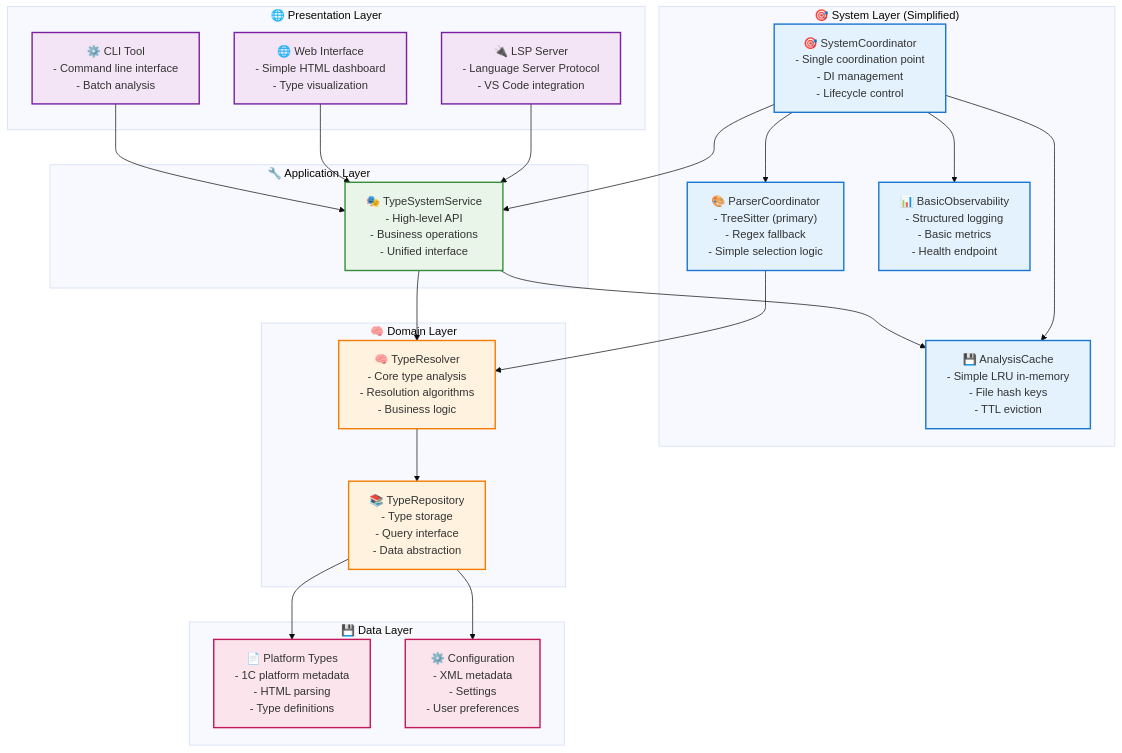
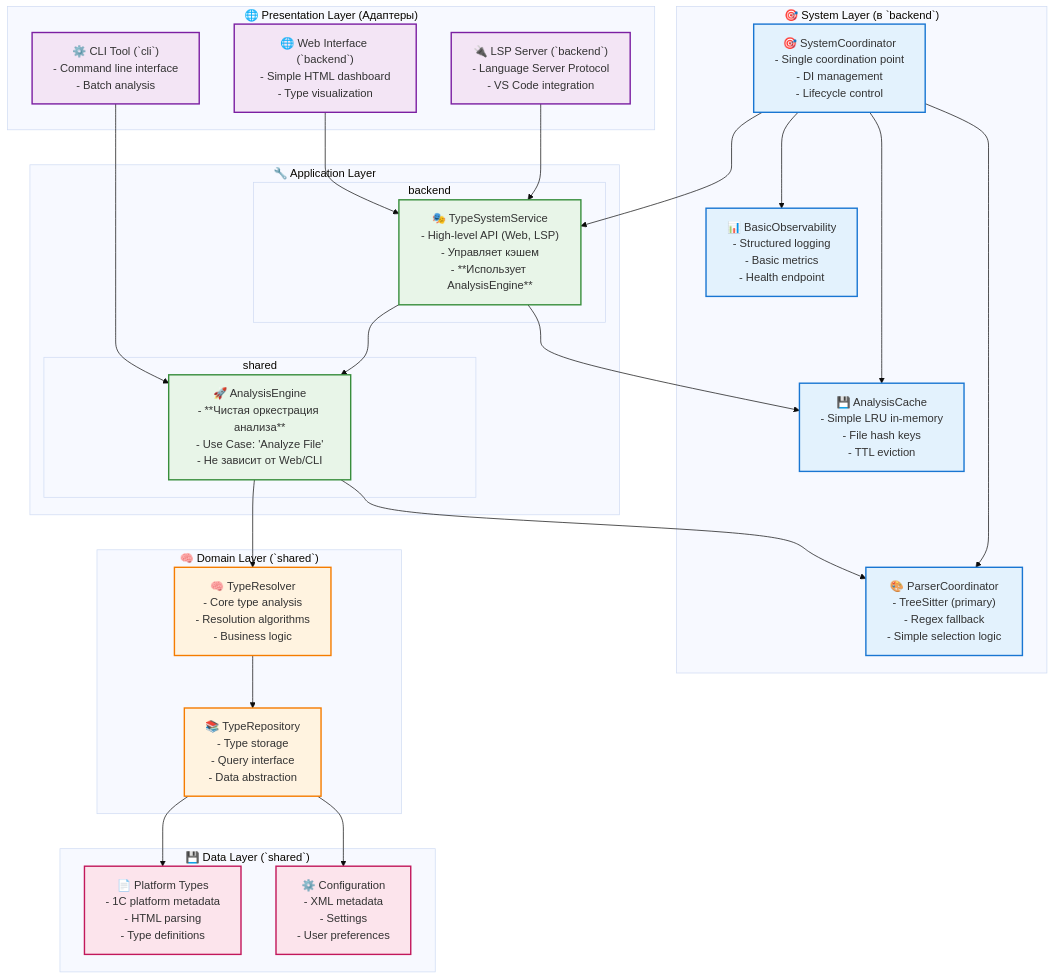
Before and after one commit to defin85/bsl-gradual-types: the diagram in docs/simplified_architecture.md, drawn with Mermaid (base theme). The commit also changed other lines of this file and 22 other files, not shown here.

````diff
--- a/docs/simplified_architecture.md
+++ b/docs/simplified_architecture.md
@@ -65,68 +60,75 @@
 ```mermaid
 graph TB
-    subgraph "🎯 System Layer (Simplified)"
+    subgraph "🎯 System Layer (в `backend`)"
         SystemCoordinator["🎯 SystemCoordinator<br/>- Single coordination point<br/>- DI management<br/>- Lifecycle control"]
         
         AnalysisCache["💾 AnalysisCache<br/>- Simple LRU in-memory<br/>- File hash keys<br/>- TTL eviction"]
         
         ParserCoordinator["🎨 ParserCoordinator<br/>- TreeSitter (primary)<br/>- Regex fallback<br/>- Simple selection logic"]
         
         BasicObservability["📊 BasicObservability<br/>- Structured logging<br/>- Basic metrics<br/>- Health endpoint"]
     end
 
-    subgraph "🌐 Presentation Layer"
-        LSPServer["🔌 LSP Server<br/>- Language Server Protocol<br/>- VS Code integration"]
+    subgraph "🌐 Presentation Layer (Адаптеры)"
+        LSPServer["🔌 LSP Server (`backend`)<br/>- Language Server Protocol<br/>- VS Code integration"]
         
-        WebInterface["🌐 Web Interface<br/>- Simple HTML dashboard<br/>- Type visualization"]
+        WebInterface["🌐 Web Interface (`backend`)<br/>- Simple HTML dashboard<br/>- Type visualization"]
         
-        CLITool["⚙️ CLI Tool<br/>- Command line interface<br/>- Batch analysis"]
+        CLITool["⚙️ CLI Tool (`cli`)<br/>- Command line interface<br/>- Batch analysis"]
     end
 
     subgraph "🔧 Application Layer" 
-        TypeSystemService["🎭 TypeSystemService<br/>- High-level API<br/>- Business operations<br/>- Unified interface"]
+        subgraph "`backend`"
+            TypeSystemService["🎭 TypeSystemService<br/>- High-level API (Web, LSP)<br/>- Управляет кэшем<br/>- **Использует AnalysisEngine**"]
+        end
+        subgraph "`shared`"
+            AnalysisEngine["🚀 AnalysisEngine<br/>- **Чистая оркестрация анализа**<br/>- Use Case: 'Analyze File'<br/>- Не зависит от Web/CLI"]
+        end
     end
 
-    subgraph "🧠 Domain Layer"
+    subgraph "🧠 Domain Layer (`shared`)"
         TypeResolver["🧠 TypeResolver<br/>- Core type analysis<br/>- Resolution algorithms<br/>- Business logic"]
         
         TypeRepository["📚 TypeRepository<br/>- Type storage<br/>- Query interface<br/>- Data abstraction"]
     end
 
-    subgraph "💾 Data Layer"
+    subgraph "💾 Data Layer (`shared`)"
         PlatformTypes["📄 Platform Types<br/>- 1C platform metadata<br/>- HTML parsing<br/>- Type definitions"]
         
         ConfigData["⚙️ Configuration<br/>- XML metadata<br/>- Settings<br/>- User preferences"]
     end
 
-    %% Simple flow
+    %% Flow
     SystemCoordinator --> AnalysisCache
     SystemCoordinator --> ParserCoordinator  
     SystemCoordinator --> BasicObservability
     SystemCoordinator --> TypeSystemService
     
     LSPServer --> TypeSystemService
     WebInterface --> TypeSystemService
-    CLITool --> TypeSystemService
     
+    TypeSystemService --> AnalysisEngine
     TypeSystemService --> AnalysisCache
-    TypeSystemService --> TypeResolver
+
+    CLITool --> AnalysisEngine
+    
+    AnalysisEngine --> TypeResolver
+    AnalysisEngine --> ParserCoordinator
     
     TypeResolver --> TypeRepository
     TypeRepository --> PlatformTypes
     TypeRepository --> ConfigData
-    
-    ParserCoordinator --> TypeResolver
     
     %% Styling
     classDef systemStyle fill:#e3f2fd,stroke:#1976d2,stroke-width:2px
     classDef presentationStyle fill:#f3e5f5,stroke:#7b1fa2,stroke-width:2px
     classDef applicationStyle fill:#e8f5e8,stroke:#388e3c,stroke-width:2px
     classDef domainStyle fill:#fff3e0,stroke:#f57c00,stroke-width:2px
     classDef dataStyle fill:#fce4ec,stroke:#c2185b,stroke-width:2px
     
     class SystemCoordinator,AnalysisCache,ParserCoordinator,BasicObservability systemStyle
     class LSPServer,WebInterface,CLITool presentationStyle
-    class TypeSystemService applicationStyle
+    class TypeSystemService,AnalysisEngine applicationStyle
     class TypeResolver,TypeRepository domainStyle
     class PlatformTypes,ConfigData dataStyle
 ```
````
